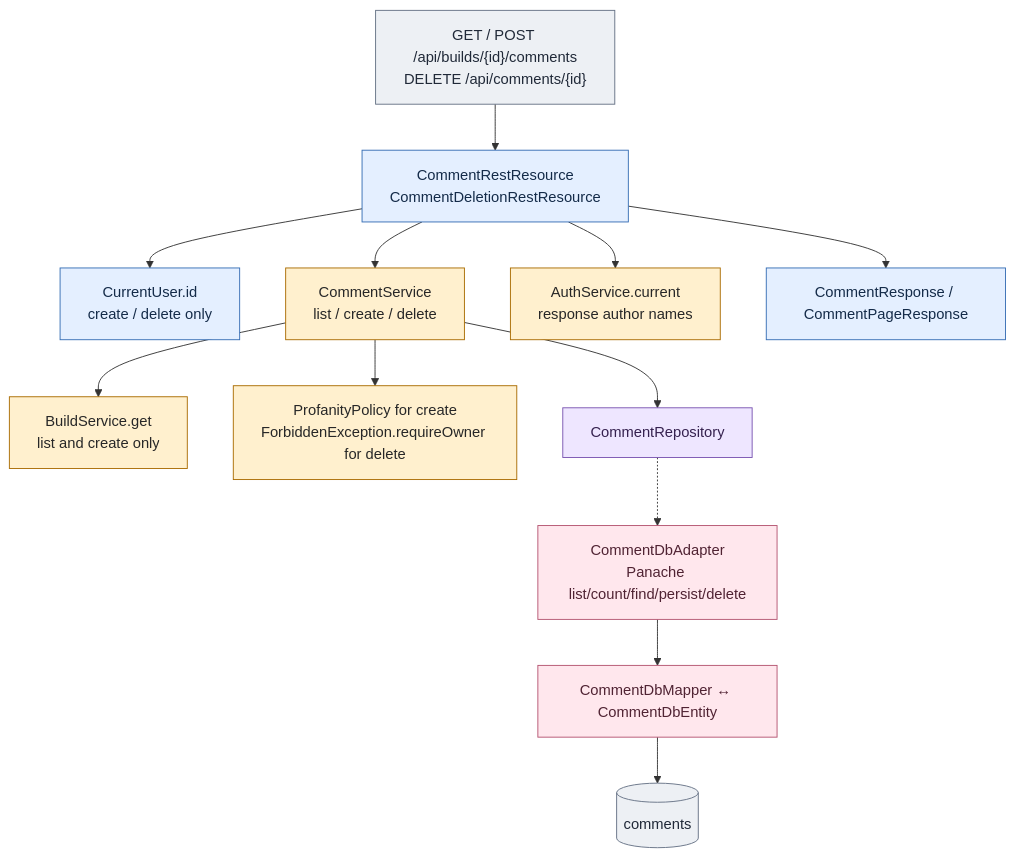
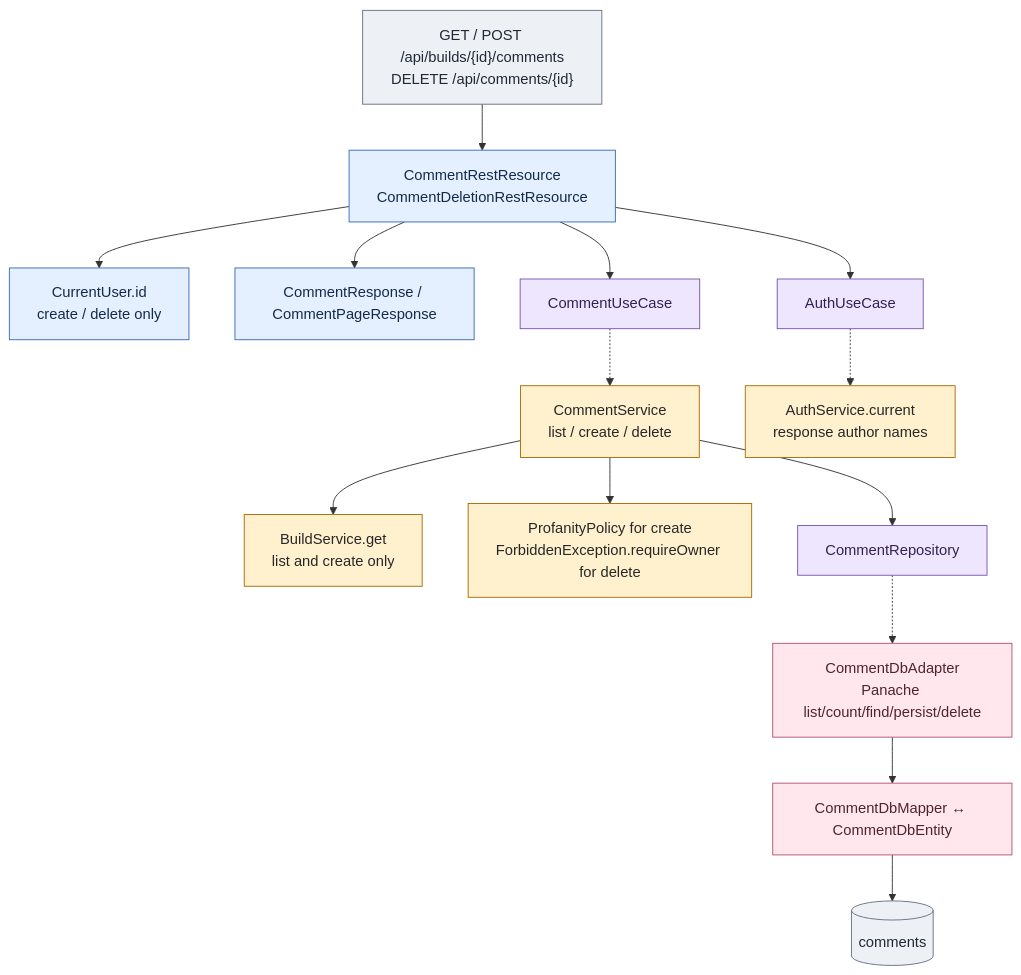
Diagram 21 of 31 in docs/architecture-atlas.md (alexungu04genoff/RingLab), drawn with Mermaid before and after one commit. The commit also changed other lines of this file and 100 other files, not shown here.

````diff
--- a/docs/architecture-atlas.md
+++ b/docs/architecture-atlas.md
@@ -1242,29 +1275,29 @@
 ```mermaid
 flowchart TB
   h["GET / POST /api/builds/{id}/comments<br/>DELETE /api/comments/{id}"]:::outside
   r["CommentRestResource<br/>CommentDeletionRestResource"]:::rest
   actor["CurrentUser.id<br/>create / delete only"]:::rest
   s["CommentService<br/>list / create / delete"]:::app
   build["BuildService.get<br/>list and create only"]:::app
   policy["ProfanityPolicy for create<br/>ForbiddenException.requireOwner for delete"]:::app
   p["CommentRepository"]:::port
   a["CommentDbAdapter<br/>Panache list/count/find/persist/delete"]:::adapter
   m["CommentDbMapper ↔ CommentDbEntity"]:::adapter
   db[("comments")]:::outside
   user["AuthService.current<br/>response author names"]:::app
   dto["CommentResponse / CommentPageResponse"]:::rest
   h --> r
   r --> actor
-  r --> s
+  r --> input["CommentUseCase"]:::port -.-> s
   s --> build
   s --> policy
   s --> p
   p -.-> a --> m --> db
-  r --> user
+  r --> auth["AuthUseCase"]:::port -.-> user
   r --> dto
   classDef rest fill:#e4efff,stroke:#356db4,color:#142b49
   classDef app fill:#fff0ce,stroke:#a96b00,color:#272727
   classDef port fill:#eee6ff,stroke:#7954b1,color:#35214f
   classDef adapter fill:#ffe7ed,stroke:#b45370,color:#502333
   classDef outside fill:#edf0f4,stroke:#657184,color:#202938
 ```
````
